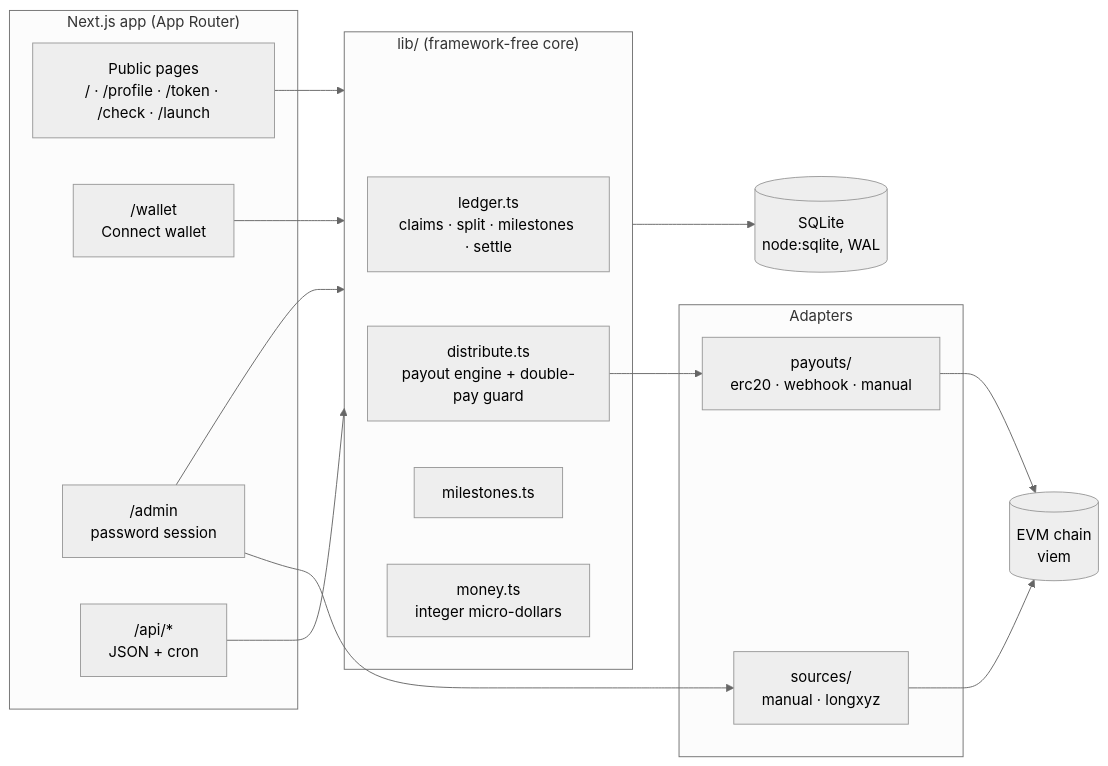
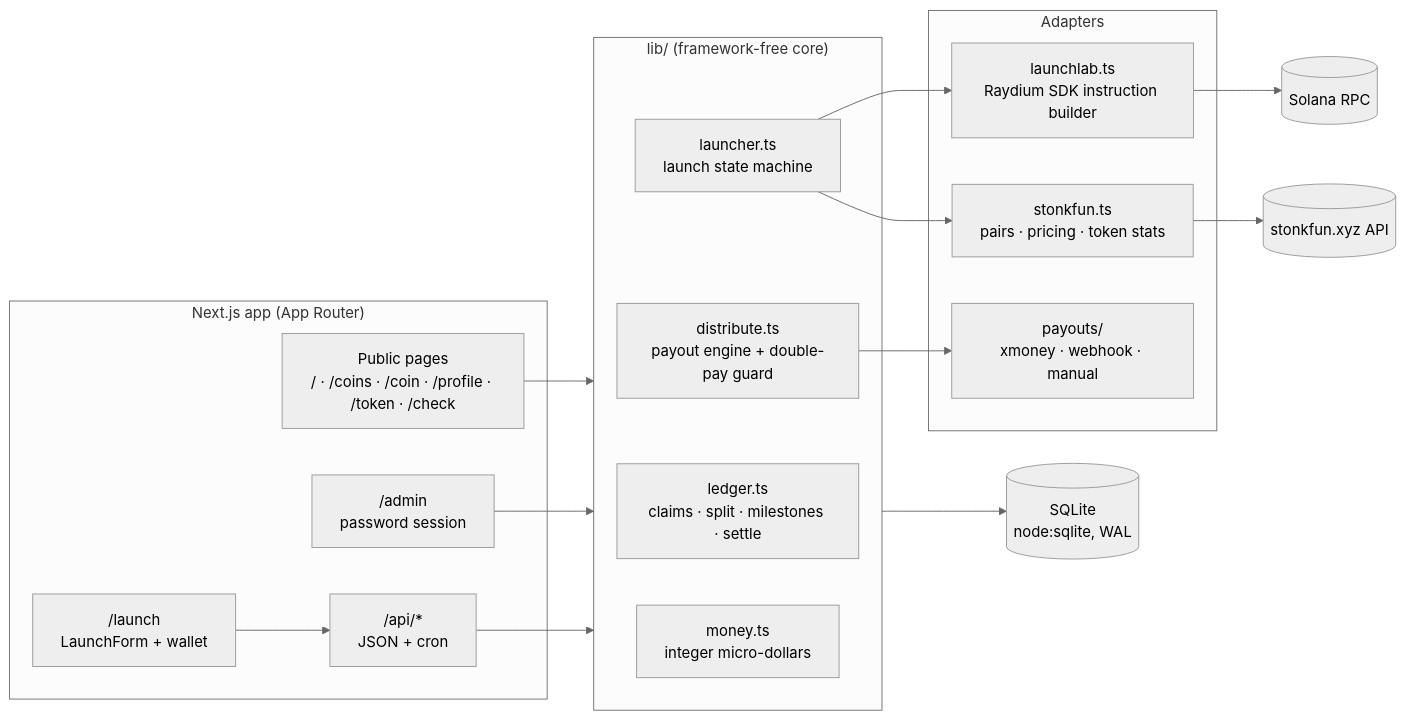
Before and after one commit to uselongpaid/uselongpaid: the third of 3 diagrams in README.md, drawn with Mermaid (neutral theme). The commit also changed other lines of this file and 1 other file, not shown here.

First line of the commit message:
Rewrite README and .env.example for stonkfun.xyz on Solana

````diff
--- a/README.md
+++ b/README.md
@@ -102,34 +166,37 @@
 ```mermaid
 flowchart LR
     subgraph Web["Next.js app (App Router)"]
-        Pages["Public pages<br/>/ · /profile · /token · /check · /launch"]
-        Account["/wallet<br/>Connect wallet"]
+        Pages["Public pages<br/>/ · /coins · /coin · /profile · /token · /check"]
+        Launch["/launch<br/>LaunchForm + wallet"]
         Admin["/admin<br/>password session"]
         API["/api/*<br/>JSON + cron"]
     end
 
     subgraph Core["lib/ (framework-free core)"]
         Ledger["ledger.ts<br/>claims · split · milestones · settle"]
         Distribute["distribute.ts<br/>payout engine + double-pay guard"]
-        Milestones["milestones.ts"]
+        Launcher["launcher.ts<br/>launch state machine"]
         Money["money.ts<br/>integer micro-dollars"]
     end
 
     subgraph Adapters
-        Sources["sources/<br/>manual · longxyz"]
-        Payouts["payouts/<br/>erc20 · webhook · manual"]
+        LaunchLab["launchlab.ts<br/>Raydium SDK instruction builder"]
+        Stonkfun["stonkfun.ts<br/>pairs · pricing · token stats"]
+        Payouts["payouts/<br/>xmoney · webhook · manual"]
     end
 
     DB[("SQLite<br/>node:sqlite, WAL")]
-    Chain[("EVM chain<br/>viem")]
+    Sol[("Solana RPC")]
+    SF[("stonkfun.xyz API")]
 
     Pages --> Core
-    Account --> Core
+    Launch --> API
     Admin --> Core
     API --> Core
     Core --> DB
-    Sources --> Chain
-    Payouts --> Chain
-    Admin --> Sources
+    Launcher --> LaunchLab
+    Launcher --> Stonkfun
+    LaunchLab --> Sol
+    Stonkfun --> SF
     Distribute --> Payouts
 ```
````
